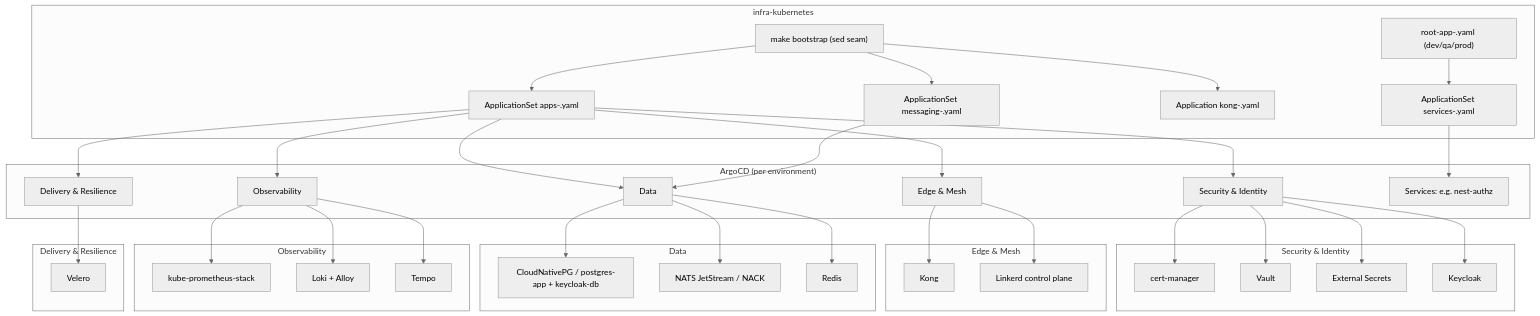
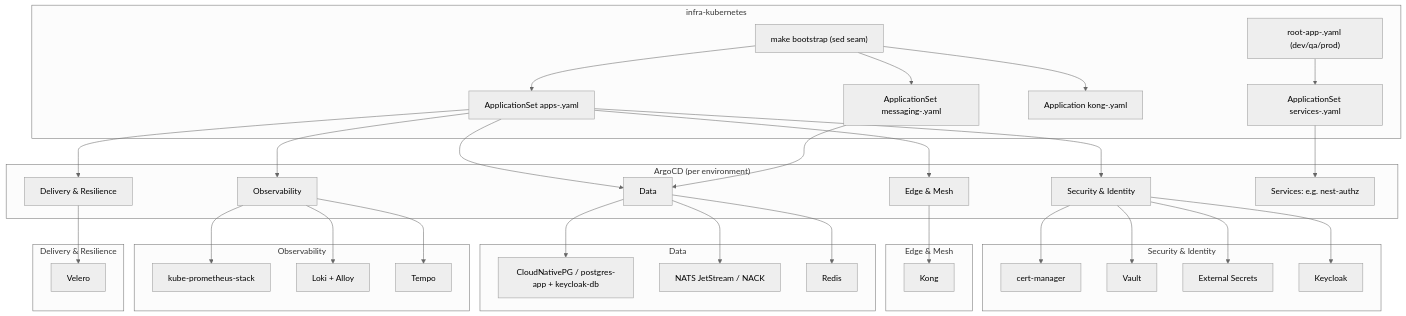
Before and after one commit to sca-templates/infra-kubernetes: the first of 3 diagrams in docs/architecture.md, drawn with Mermaid (neutral theme). The commit also changed other lines of this file and 46 other files, not shown here.

````diff
--- a/docs/architecture.md
+++ b/docs/architecture.md
@@ -47,41 +47,40 @@
 ```mermaid
 graph TD
     subgraph Git["infra-kubernetes"]
         MK["make bootstrap (sed seam)"] --> B["ApplicationSet apps-<env>.yaml"]
         MK --> M["ApplicationSet messaging-<env>.yaml"]
         MK --> K["Application kong-<env>.yaml"]
         A["root-app-<env>.yaml (dev/qa/prod)"] --> S["ApplicationSet services-<env>.yaml"]
     end
     subgraph ArgoCD["ArgoCD (per environment)"]
         B --> C[Security & Identity]
         B --> D[Edge & Mesh]
         B --> E[Data]
         M --> E
         B --> F[Observability]
         B --> G[Delivery & Resilience]
         S --> SR[Services: e.g. nest-authz]
     end
     subgraph Security["Security & Identity"]
         C --> C1[cert-manager]
         C --> C2[Vault]
         C --> C3[External Secrets]
         C --> C4[Keycloak]
     end
     subgraph Edge["Edge & Mesh"]
         D --> D1[Kong]
-        D --> D2[Linkerd control plane]
     end
     subgraph Data["Data"]
         E --> E1[CloudNativePG / postgres-app + keycloak-db]
         E --> E2[NATS JetStream / NACK]
         E --> E3[Redis]
     end
     subgraph Obs["Observability"]
         F --> F1[kube-prometheus-stack]
         F --> F2[Loki + Alloy]
         F --> F3[Tempo]
     end
     subgraph Delivery["Delivery & Resilience"]
         G --> G2[Velero]
     end
 ```
````
